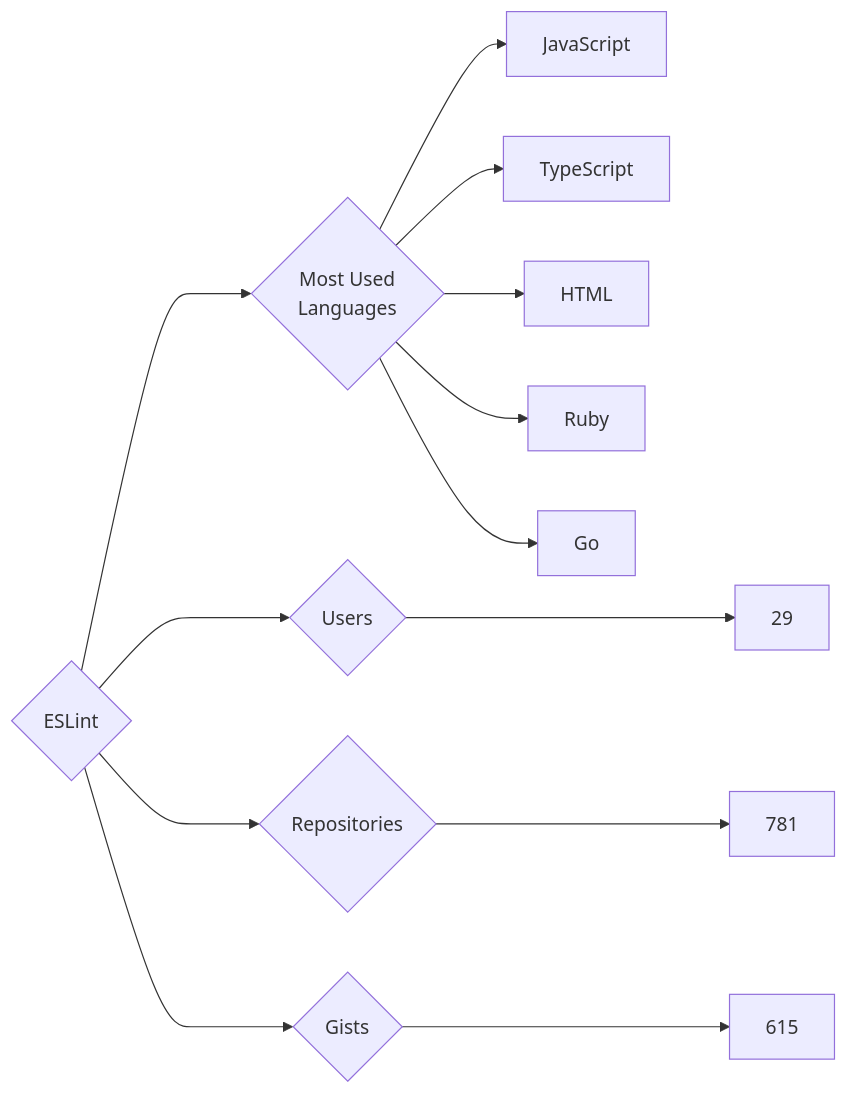
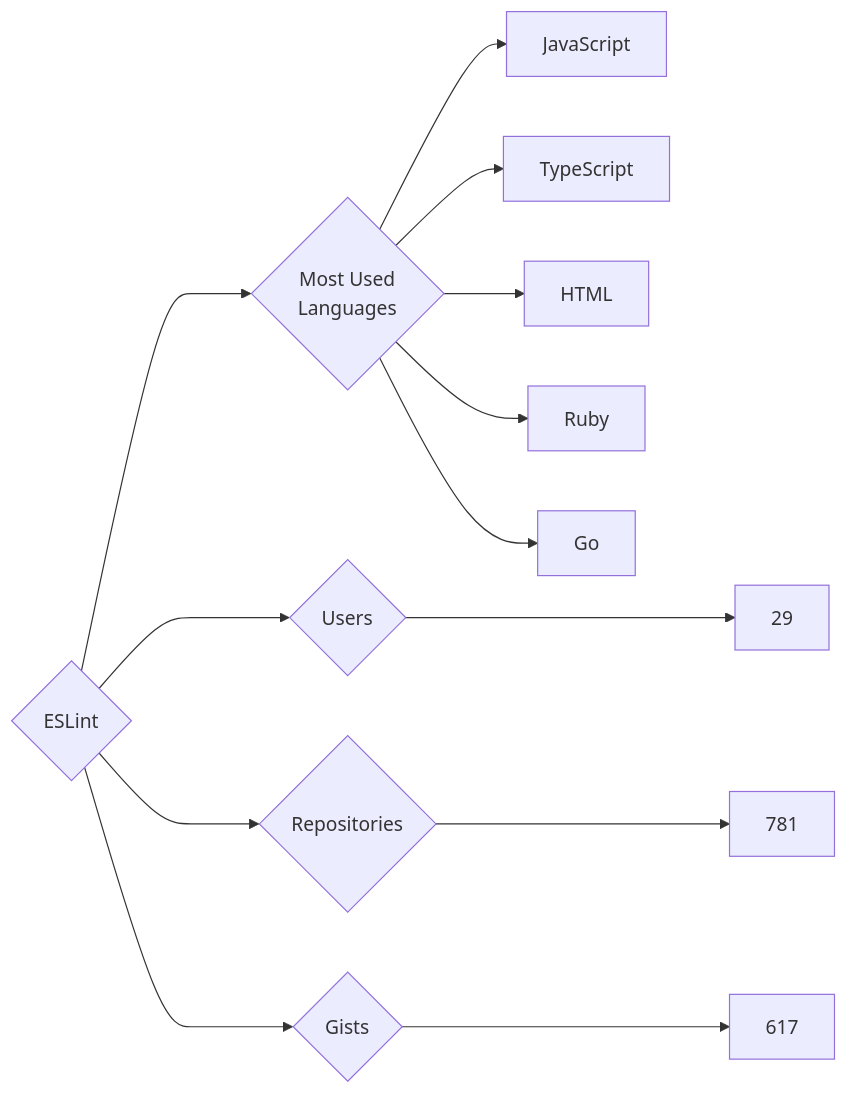
One commit to trickest/insiders changed the diagram in targets/ESLint/README.md. Above: the diagram before and after it, drawn with Mermaid. The commit also changed 932 other files, not shown here.

````diff
--- a/targets/ESLint/README.md
+++ b/targets/ESLint/README.md
@@ -3,13 +3,13 @@
 ```mermaid
 graph LR
 COMPANY_NAME{ESLint}
 COMPANY_NAME ---> U{Users} ---> UN[29]
 COMPANY_NAME ---> R{Repositories} ---> RN[781]
-COMPANY_NAME ---> G{Gists} ---> GN[615]
+COMPANY_NAME ---> G{Gists} ---> GN[617]
 COMPANY_NAME ---> ML{Most Used<br>Languages}
 ML --> JavaScript[JavaScript]
 ML --> TypeScript[TypeScript]
 ML --> HTML[HTML]
 ML --> Ruby[Ruby]
 ML --> Go[Go]
 ```
````
